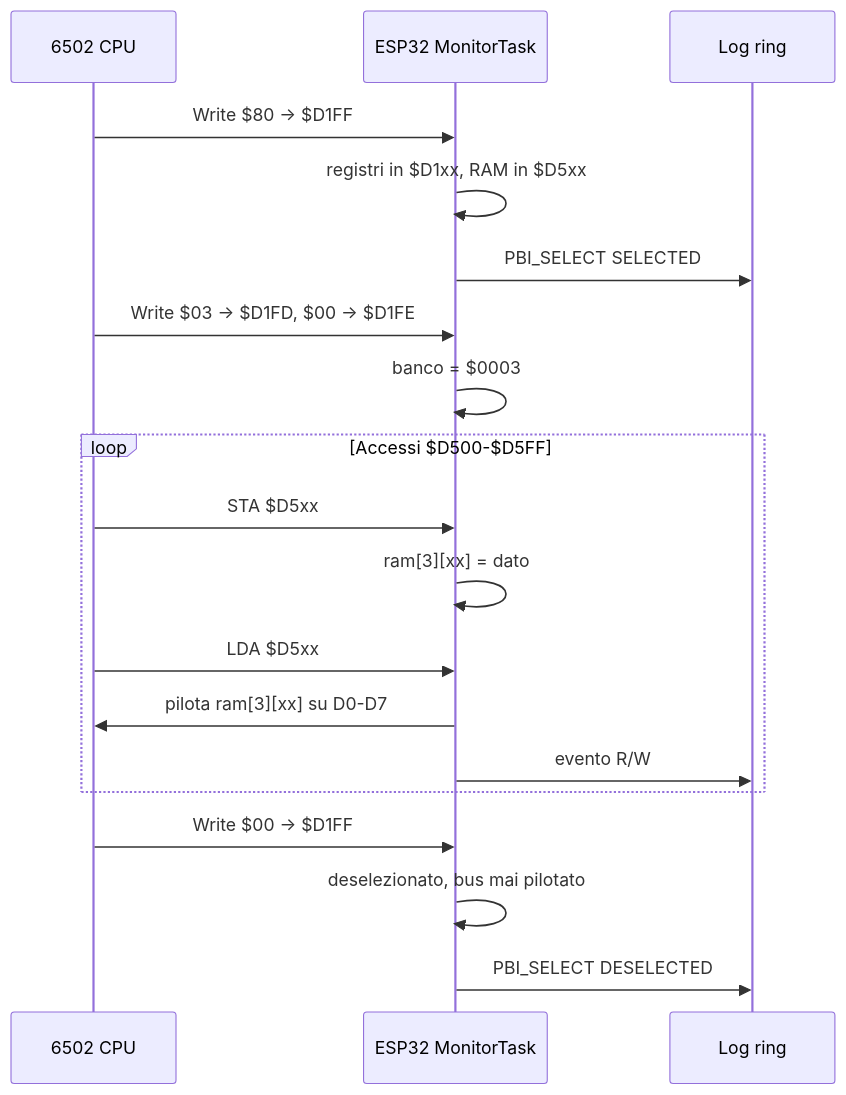
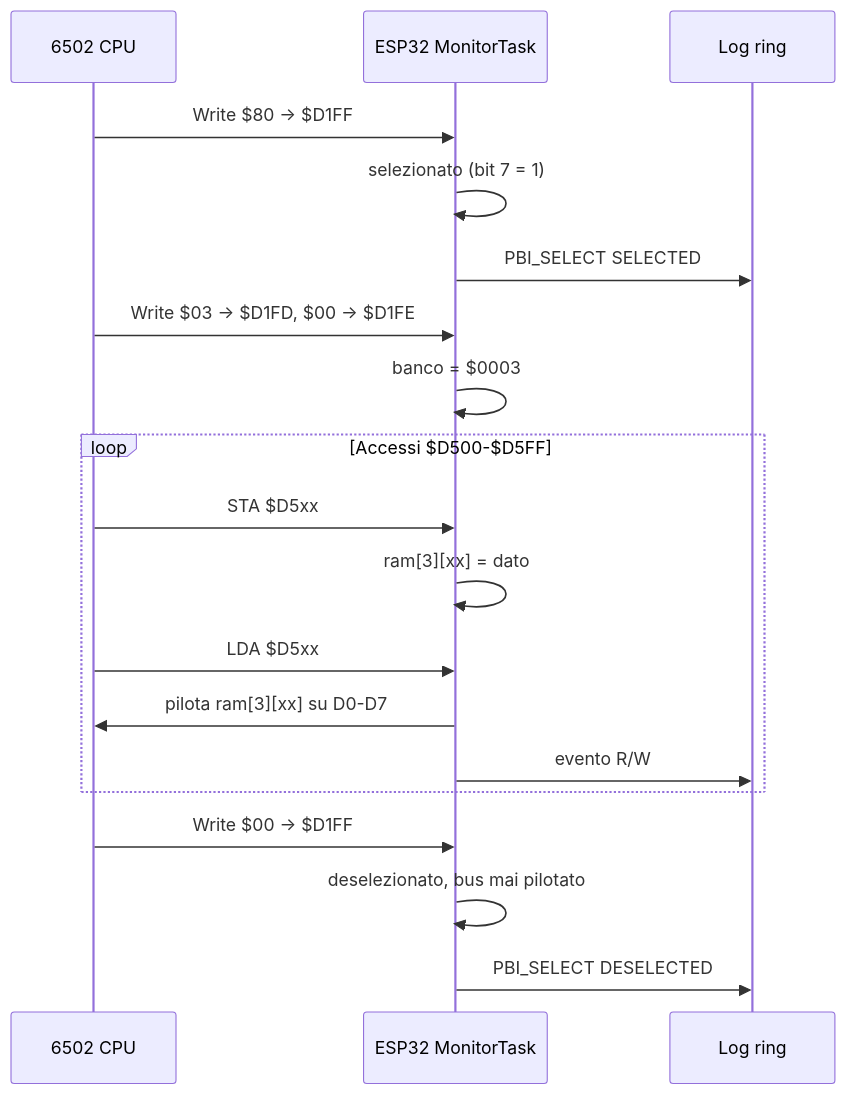
One commit to gianlucarenzi/ESP32-BOBOARD-5V changed the second of 3 diagrams in README.md. Above: the diagram before and after it, drawn with Mermaid. The commit also changed other lines of this file and 13 other files, not shown here.

````diff
--- a/README.md
+++ b/README.md
@@ -436,24 +426,24 @@
 ```mermaid
 sequenceDiagram
     participant CPU as 6502 CPU
     participant ESP as ESP32 MonitorTask
     participant L  as Log ring
 
     CPU->>ESP: Write $80 → $D1FF
-    ESP->>ESP: registri in $D1xx, RAM in $D5xx
+    ESP->>ESP: selezionato (bit 7 = 1)
     ESP->>L: PBI_SELECT SELECTED
 
     CPU->>ESP: Write $03 → $D1FD, $00 → $D1FE
     ESP->>ESP: banco = $0003
     loop Accessi $D500-$D5FF
         CPU->>ESP: STA $D5xx
         ESP->>ESP: ram[3][xx] = dato
         CPU->>ESP: LDA $D5xx
         ESP->>CPU: pilota ram[3][xx] su D0-D7
         ESP->>L: evento R/W
     end
 
     CPU->>ESP: Write $00 → $D1FF
     ESP->>ESP: deselezionato, bus mai pilotato
     ESP->>L: PBI_SELECT DESELECTED
 ```
````
